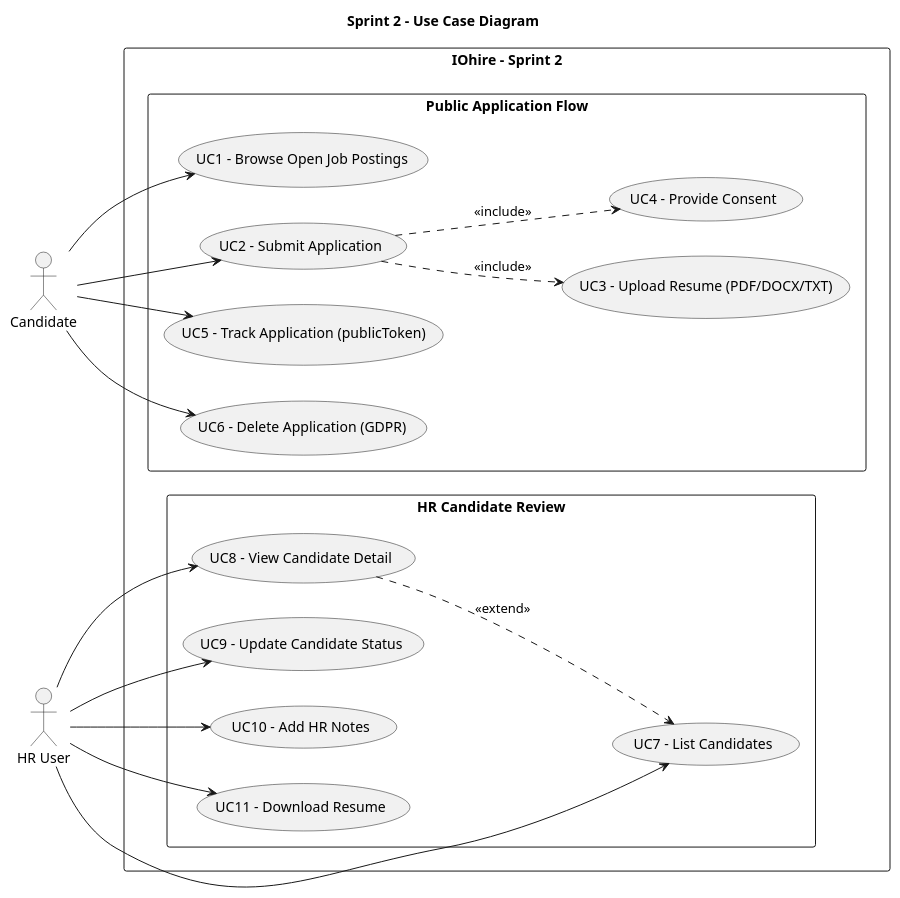
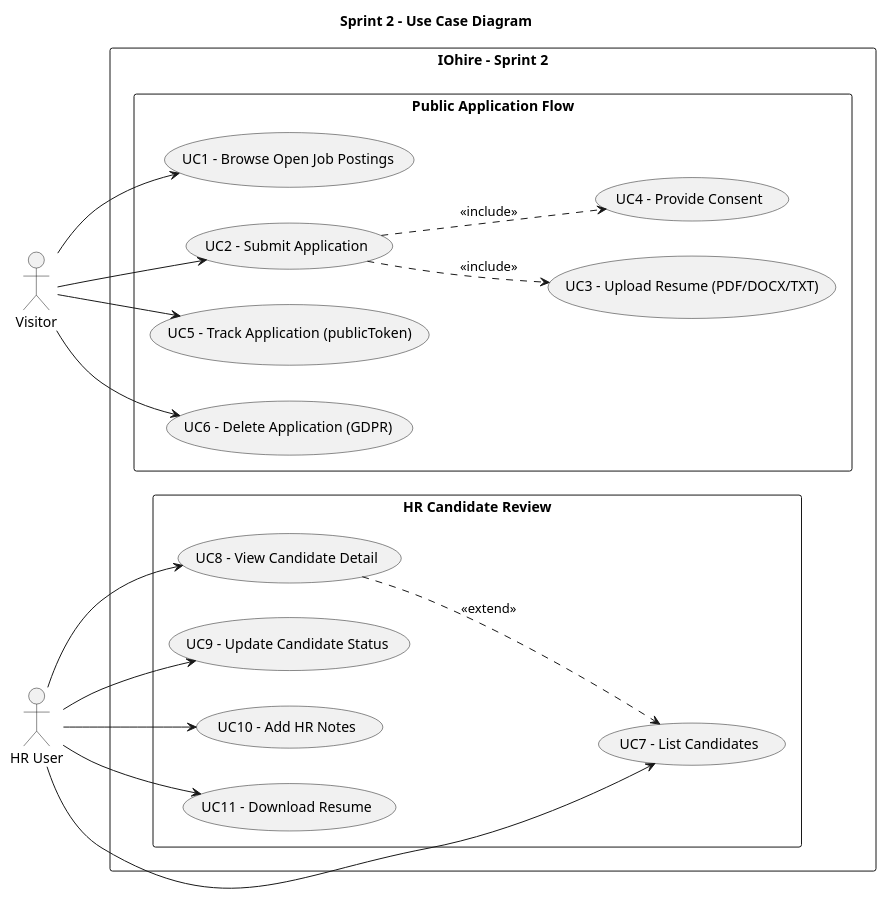
One commit to OussamaRhimi/IOhire changed the diagram in docs/uml/sprint2_usecase.puml. Above: the diagram before and after it, drawn with PlantUML. The commit also changed 25 other files, not shown here.

```diff
--- a/docs/uml/sprint2_usecase.puml
+++ b/docs/uml/sprint2_usecase.puml
@@ -1,45 +1,45 @@
 @startuml
 title Sprint 2 - Use Case Diagram
 left to right direction
 skinparam packageStyle rectangle
 skinparam shadowing false
 
-actor Candidate as A_Candidate
+actor Visitor as A_Visitor
 actor "HR User" as A_HR
 
 rectangle "IOhire - Sprint 2" {
   package "Public Application Flow" {
     usecase "UC1 - Browse Open Job Postings" as UC1
     usecase "UC2 - Submit Application" as UC2
     usecase "UC3 - Upload Resume (PDF/DOCX/TXT)" as UC3
     usecase "UC4 - Provide Consent" as UC4
     usecase "UC5 - Track Application (publicToken)" as UC5
     usecase "UC6 - Delete Application (GDPR)" as UC6
   }
 
   package "HR Candidate Review" {
     usecase "UC7 - List Candidates" as UC7
     usecase "UC8 - View Candidate Detail" as UC8
     usecase "UC9 - Update Candidate Status" as UC9
     usecase "UC10 - Add HR Notes" as UC10
     usecase "UC11 - Download Resume" as UC11
   }
 }
 
-A_Candidate --> UC1
-A_Candidate --> UC2
-A_Candidate --> UC5
-A_Candidate --> UC6
+A_Visitor --> UC1
+A_Visitor --> UC2
+A_Visitor --> UC5
+A_Visitor --> UC6
 
 UC2 ..> UC3 : <<include>>
 UC2 ..> UC4 : <<include>>
 
 A_HR --> UC7
 A_HR --> UC8
 A_HR --> UC9
 A_HR --> UC10
 A_HR --> UC11
 
 UC8 ..> UC7 : <<extend>>
 
 @enduml
```
